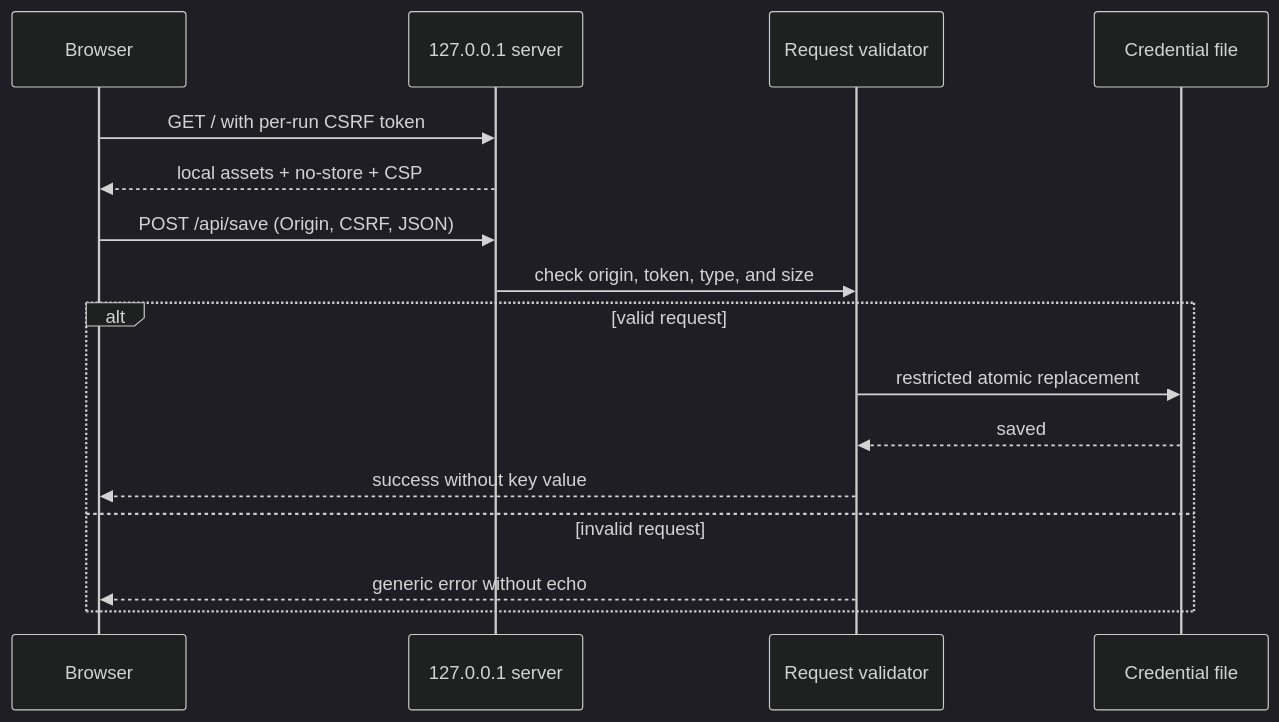
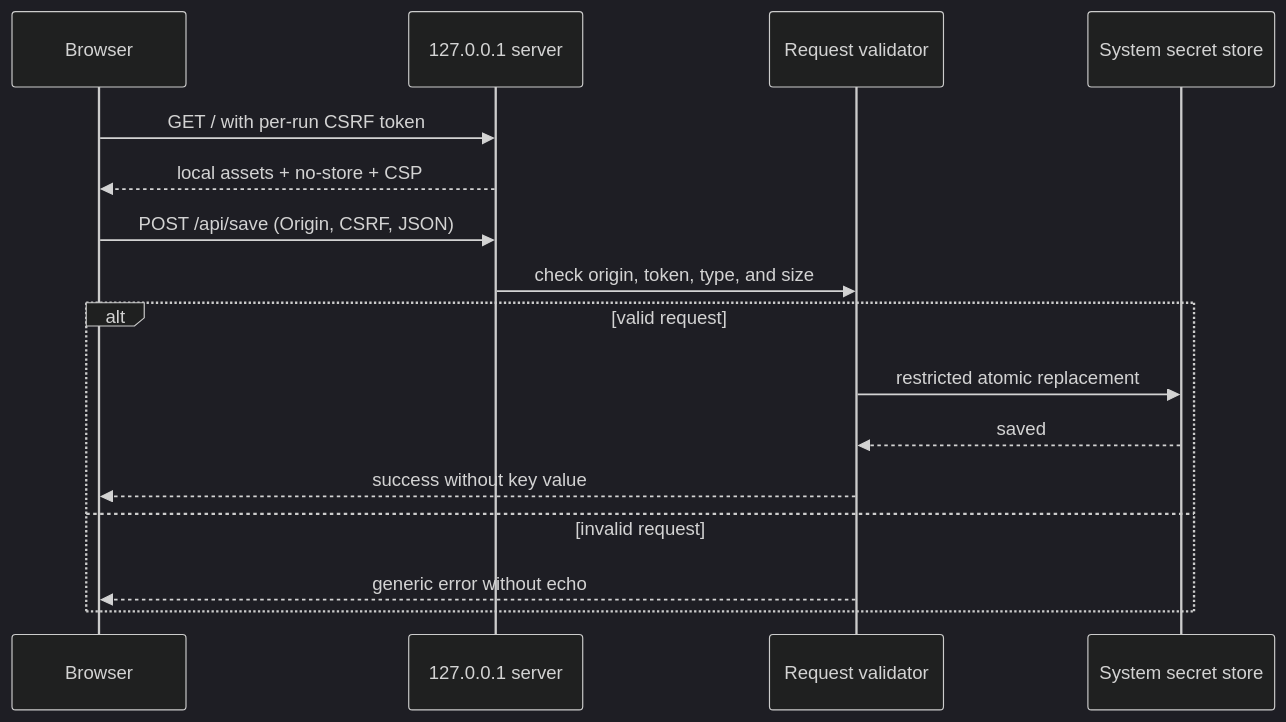
One commit to full-stack-plugins/stitch-design-plugin changed the third of 6 diagrams in docs/Stitch-Design-Technical-Solution.md. Above: the diagram before and after it, drawn with Mermaid (dark theme). The commit also changed other lines of this file and 9 other files, not shown here.

````diff
--- a/docs/Stitch-Design-Technical-Solution.md
+++ b/docs/Stitch-Design-Technical-Solution.md
@@ -89,18 +90,18 @@
 ```mermaid
 sequenceDiagram
     participant B as Browser
     participant H as 127.0.0.1 server
     participant V as Request validator
-    participant F as Credential file
+    participant F as System secret store
     B->>H: GET / with per-run CSRF token
     H-->>B: local assets + no-store + CSP
     B->>H: POST /api/save (Origin, CSRF, JSON)
     H->>V: check origin, token, type, and size
     alt valid request
       V->>F: restricted atomic replacement
       F-->>V: saved
       V-->>B: success without key value
     else invalid request
       V-->>B: generic error without echo
     end
 ```
````
